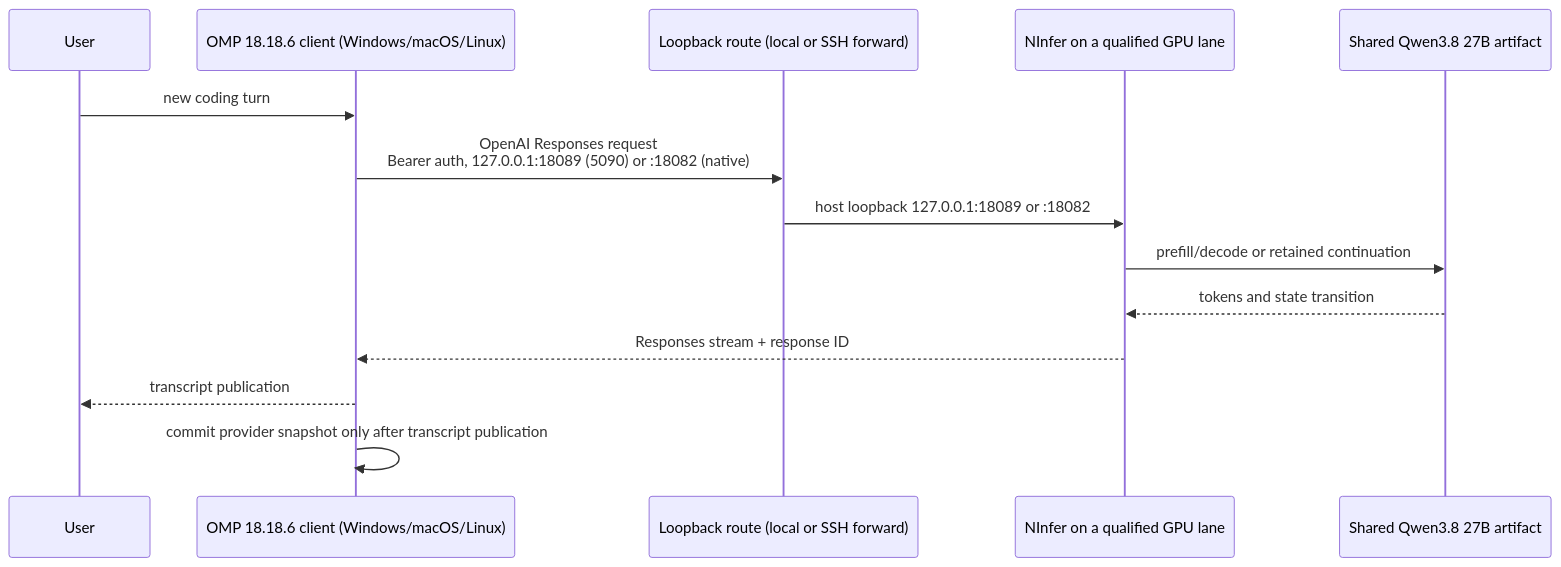
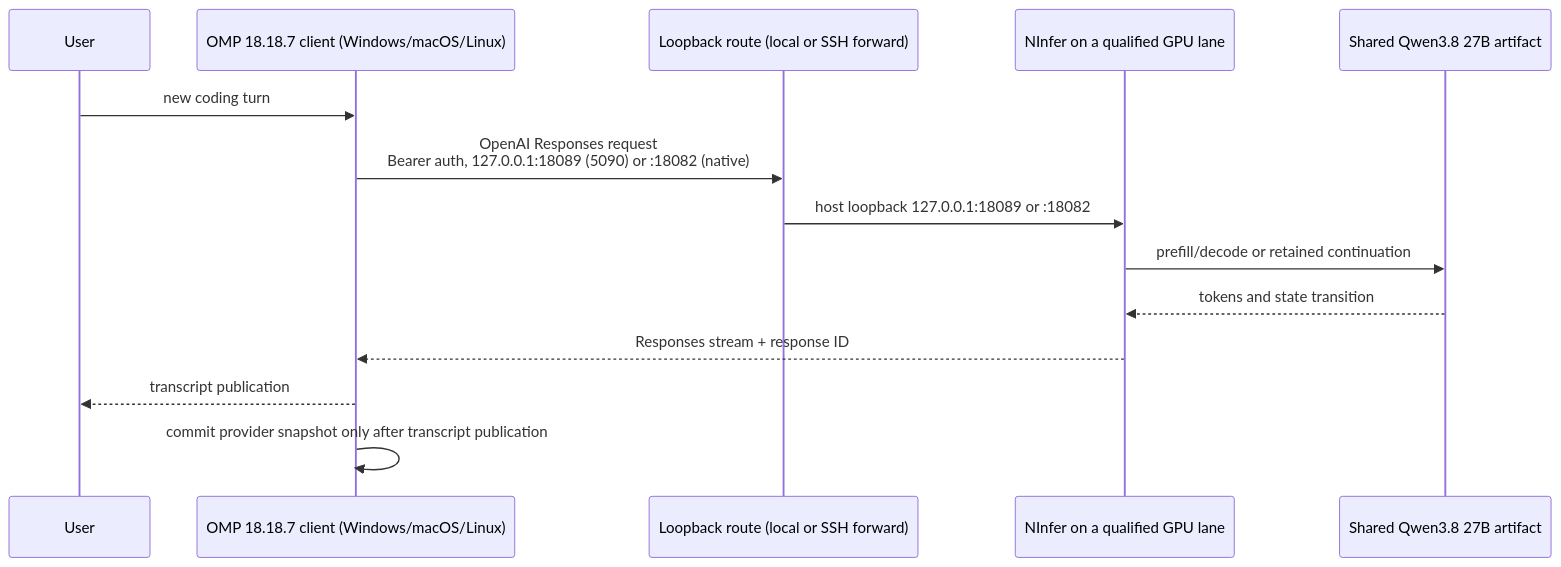
Before and after one commit to alphastorm/omp-ninfer: the diagram in docs/ARCHITECTURE.md, drawn with Mermaid. The commit also changed other lines of this file and 23 other files, not shown here.

````diff
--- a/docs/ARCHITECTURE.md
+++ b/docs/ARCHITECTURE.md
@@ -12,17 +12,17 @@
 ```mermaid
 sequenceDiagram
     participant User
-    participant OMP as OMP 18.18.6 client (Windows/macOS/Linux)
+    participant OMP as OMP 18.18.7 client (Windows/macOS/Linux)
     participant Route as Loopback route (local or SSH forward)
     participant NInfer as NInfer on a qualified GPU lane
     participant GPU as Shared Qwen3.8 27B artifact
 
     User->>OMP: new coding turn
     OMP->>Route: OpenAI Responses request<br/>Bearer auth, 127.0.0.1:18089 (5090) or :18082 (native)
     Route->>NInfer: host loopback 127.0.0.1:18089 or :18082
     NInfer->>GPU: prefill/decode or retained continuation
     GPU-->>NInfer: tokens and state transition
     NInfer-->>OMP: Responses stream + response ID
     OMP-->>User: transcript publication
     OMP->>OMP: commit provider snapshot only after transcript publication
 ```
````
